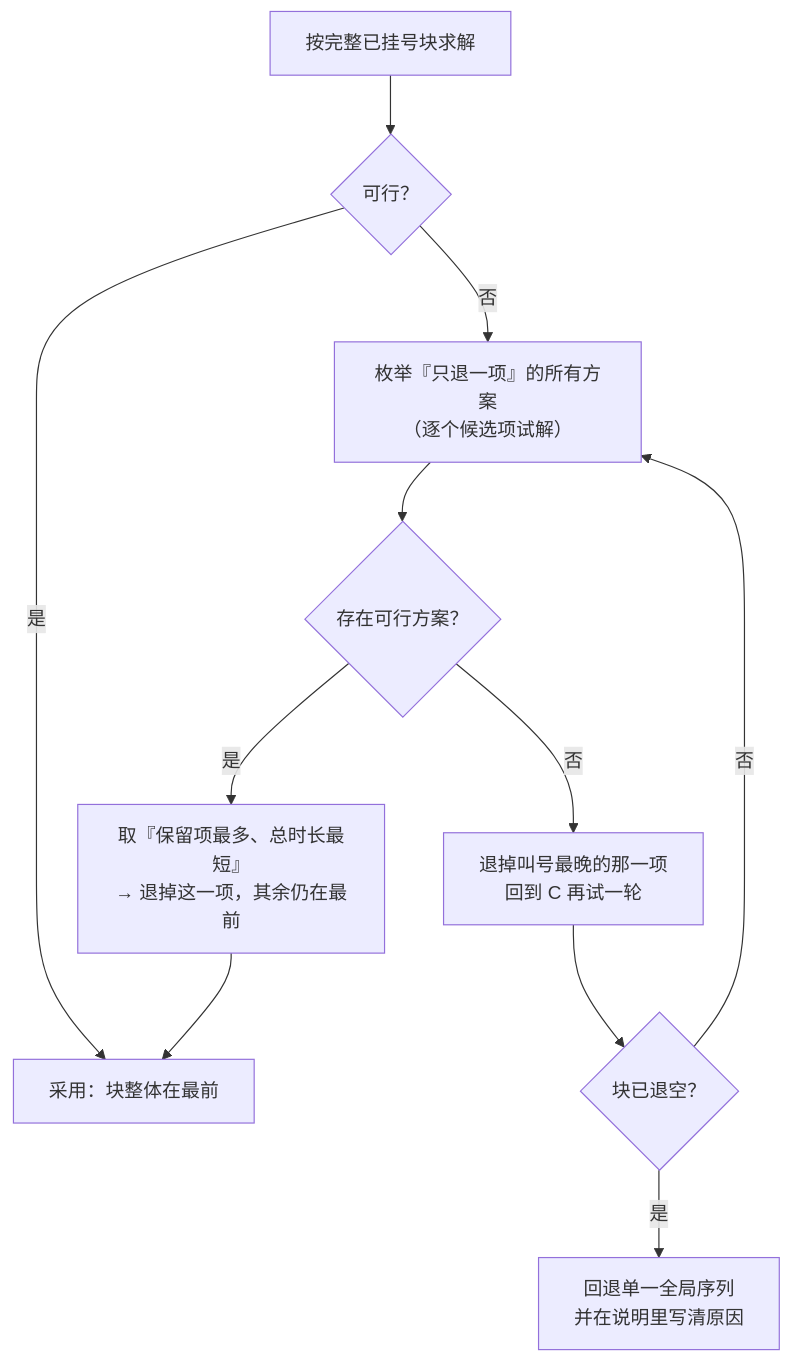
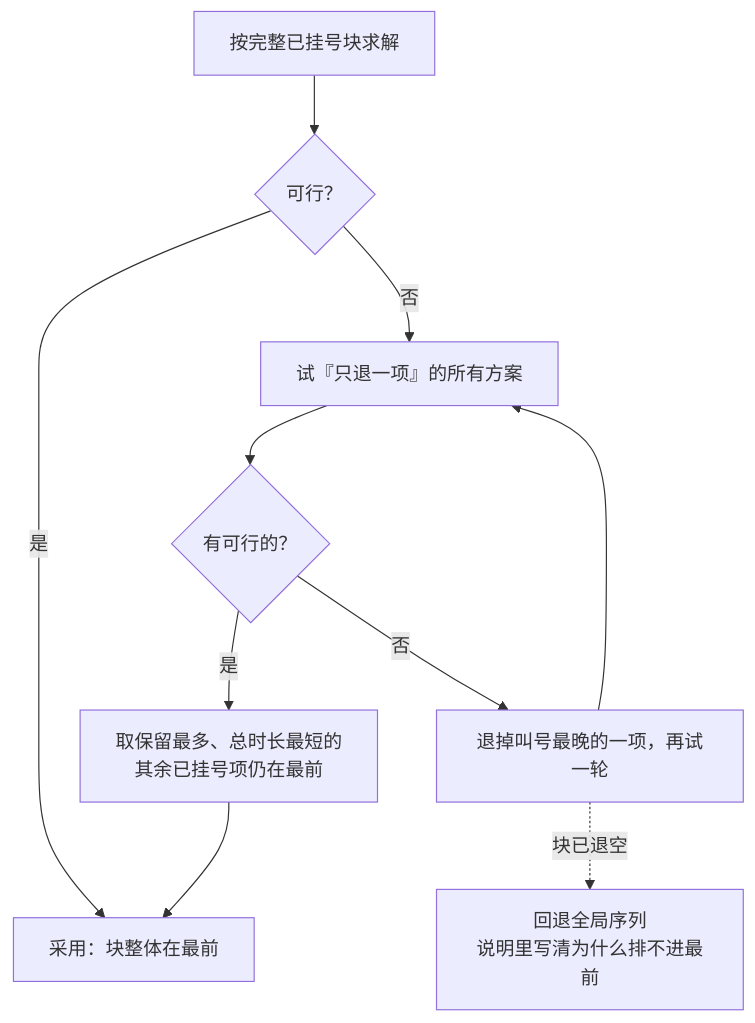
Before and after one commit to fore-blip/exam-scheduler: the fourth of 5 diagrams in docs/研发文档-V2-20261104.md, drawn with Mermaid. The commit also changed other lines of this file, not shown here.

Commit message:
docs: 研发文档改写为「改动点 + 实际意义 + 图解」风格

````diff
--- a/docs/研发文档-V2-20261104.md
+++ b/docs/研发文档-V2-20261104.md
@@ -239,13 +136,12 @@
 ```mermaid
 flowchart TD
     A["按完整已挂号块求解"] --> B{"可行？"}
-    B -->|是| Z["采用：块整体在最前"]
-    B -->|否| C["枚举『只退一项』的所有方案<br/>（逐个候选项试解）"]
-    C --> D{"存在可行方案？"}
-    D -->|是| E["取『保留项最多、总时长最短』<br/>→ 退掉这一项，其余仍在最前"]
-    D -->|否| F["退掉叫号最晚的那一项<br/>回到 C 再试一轮"]
-    F --> G{"块已退空？"}
-    G -->|否| C
-    G -->|是| H["回退单一全局序列<br/>并在说明里写清原因"]
+    B -->|"是"| Z["采用：块整体在最前"]
+    B -->|"否"| C["试『只退一项』的所有方案"]
+    C --> D{"有可行的？"}
+    D -->|"是"| E["取保留最多、总时长最短的<br/>其余已挂号项仍在最前"]
+    D -->|"否"| F["退掉叫号最晚的一项，再试一轮"]
+    F --> C
     E --> Z
+    F -.->|"块已退空"| G["回退全局序列<br/>说明里写清为什么排不进最前"]
 ```
````
